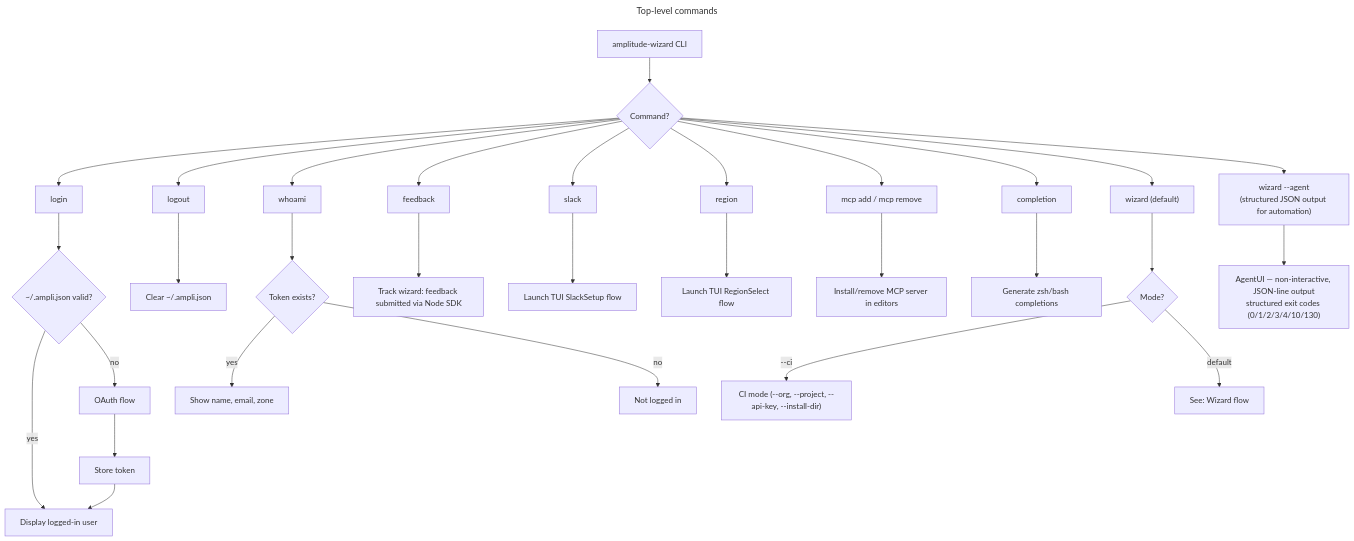
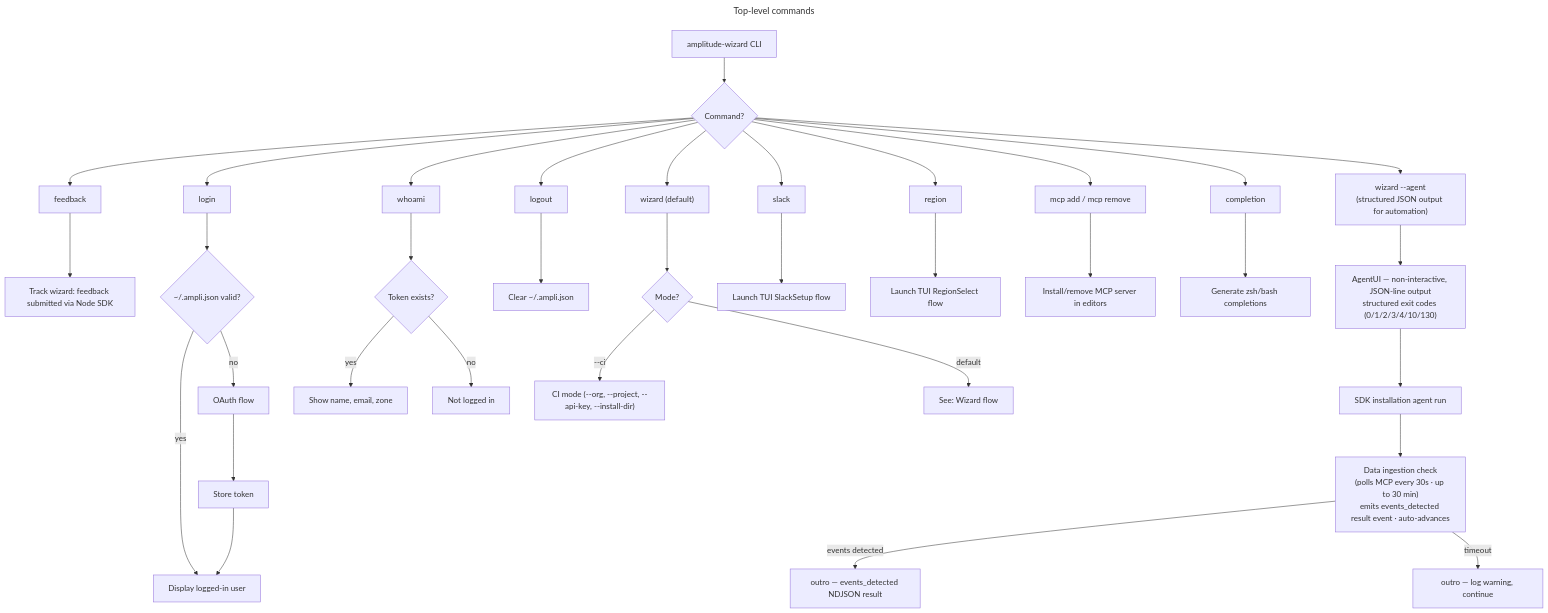
One commit to amplitude/wizard changed the first of 7 diagrams in docs/flows.md. Above: the diagram before and after it, drawn with Mermaid. The commit also changed 13 other files, not shown here.

First line of the commit message:
fix: MCP event detection — replace removed query_dataset tool and resolve stale org checkpoint

````diff
--- a/docs/flows.md
+++ b/docs/flows.md
@@ -28,41 +28,45 @@
 ```mermaid
 ---
 title: Top-level commands
 ---
 flowchart TD
     CLI["amplitude-wizard CLI"] --> CMD{Command?}
 
     CMD --> LOGIN["login"]
     CMD --> LOGOUT["logout"]
     CMD --> WHOAMI["whoami"]
     CMD --> FEEDBACK["feedback"]
     CMD --> SLACK_CMD["slack"]
     CMD --> REGION_CMD["region"]
     CMD --> MCP_CMD["mcp add / mcp remove"]
     CMD --> COMPLETION["completion"]
     CMD --> WIZARD["wizard (default)"]
     CMD --> AGENT["wizard --agent<br/>(structured JSON output for automation)"]
 
     FEEDBACK --> FEEDBACK_SEND["Track wizard: feedback submitted via Node SDK"]
 
     AGENT --> AGENT_UI["AgentUI — non-interactive, JSON-line output<br/>structured exit codes (0/1/2/3/4/10/130)"]
+    AGENT_UI --> AGENT_RUN["SDK installation agent run"]
+    AGENT_RUN --> AGENT_POLL["Data ingestion check<br/>(polls MCP every 30s · up to 30 min)<br/>emits events_detected result event · auto-advances"]
+    AGENT_POLL -->|events detected| AGENT_DONE["outro — events_detected NDJSON result"]
+    AGENT_POLL -->|timeout| AGENT_TIMEOUT["outro — log warning, continue"]
 
     LOGIN --> LOGIN_CHECK{~/.ampli.json valid?}
     LOGIN_CHECK -->|yes| LOGIN_DONE["Display logged-in user"]
     LOGIN_CHECK -->|no| OAUTH["OAuth flow"] --> STORE["Store token"] --> LOGIN_DONE
 
     LOGOUT --> CLEAR["Clear ~/.ampli.json"]
 
     WHOAMI --> CHECK_TOKEN{Token exists?}
     CHECK_TOKEN -->|yes| SHOW_USER["Show name, email, zone"]
     CHECK_TOKEN -->|no| NOT_LOGGED_IN["Not logged in"]
 
     SLACK_CMD --> SLACK_TUI["Launch TUI SlackSetup flow"]
     REGION_CMD --> REGION_TUI["Launch TUI RegionSelect flow"]
     MCP_CMD --> MCP_INSTALL["Install/remove MCP server in editors"]
     COMPLETION --> SHELL_COMP["Generate zsh/bash completions"]
 
     WIZARD --> MODE{Mode?}
     MODE -->|--ci| CI["CI mode (--org, --project, --api-key, --install-dir)"]
     MODE -->|default| W["See: Wizard flow"]
 ```
````
